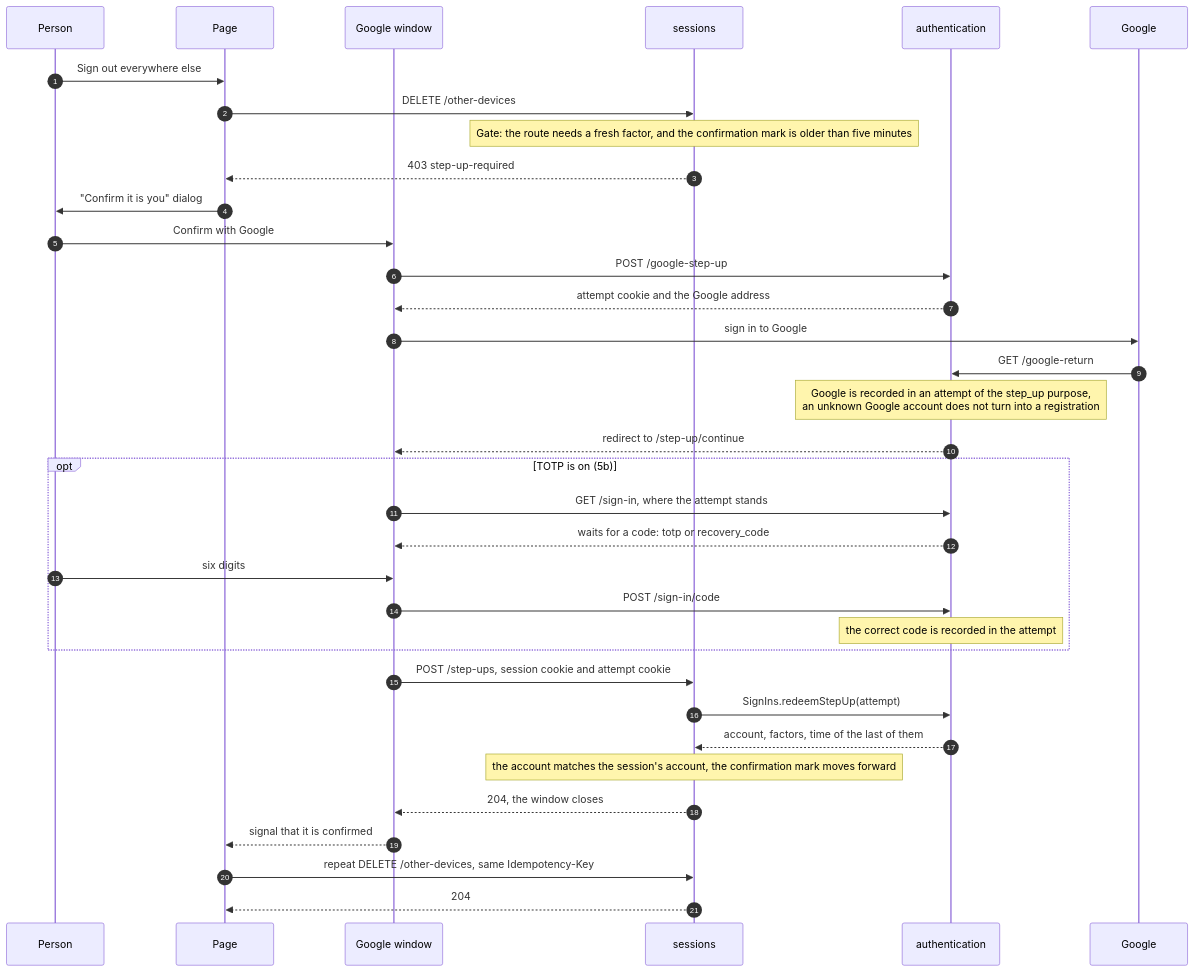
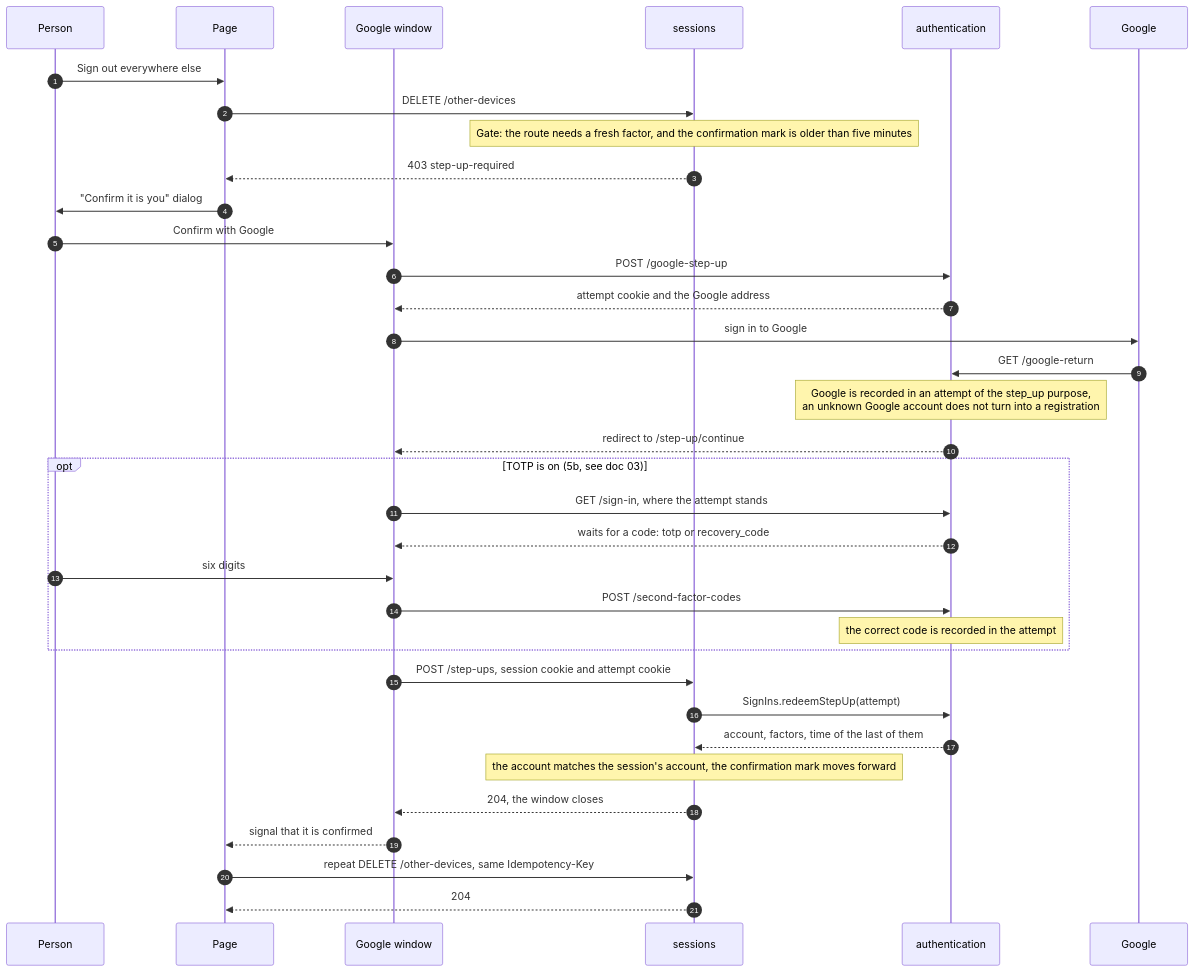
Before and after one commit to yuriisurzhykov/Tallyvane: the first of 3 diagrams in docs/backend/02-authentication-slice-5.md, drawn with Mermaid. The commit also changed other lines of this file and 3 other files, not shown here.

First line of the commit message:
Record the TOTP decision as ADR-093 and bring the slice 5 documents in line with the code (slice 5b)

````diff
--- a/docs/backend/02-authentication-slice-5.md
+++ b/docs/backend/02-authentication-slice-5.md
@@ -46,37 +46,37 @@
 ```mermaid
 sequenceDiagram
     autonumber
     participant P as Person
     participant W as Page
     participant O as Google window
     participant S as sessions
     participant A as authentication
     participant G as Google
     P->>W: Sign out everywhere else
     W->>S: DELETE /other-devices
     Note over S: Gate: the route needs a fresh factor, and the confirmation mark is older than five minutes
     S-->>W: 403 step-up-required
     W->>P: "Confirm it is you" dialog
     P->>O: Confirm with Google
     O->>A: POST /google-step-up
     A-->>O: attempt cookie and the Google address
     O->>G: sign in to Google
     G->>A: GET /google-return
     Note over A: Google is recorded in an attempt of the step_up purpose,<br/>an unknown Google account does not turn into a registration
     A-->>O: redirect to /step-up/continue
-    opt TOTP is on (5b)
+    opt TOTP is on (5b, see doc 03)
         O->>A: GET /sign-in, where the attempt stands
         A-->>O: waits for a code: totp or recovery_code
         P->>O: six digits
-        O->>A: POST /sign-in/code
+        O->>A: POST /second-factor-codes
         Note over A: the correct code is recorded in the attempt
     end
     O->>S: POST /step-ups, session cookie and attempt cookie
     S->>A: SignIns.redeemStepUp(attempt)
     A-->>S: account, factors, time of the last of them
     Note over S: the account matches the session's account, the confirmation mark moves forward
     S-->>O: 204, the window closes
     O-->>W: signal that it is confirmed
     W->>S: repeat DELETE /other-devices, same Idempotency-Key
     S-->>W: 204
 ```
````
